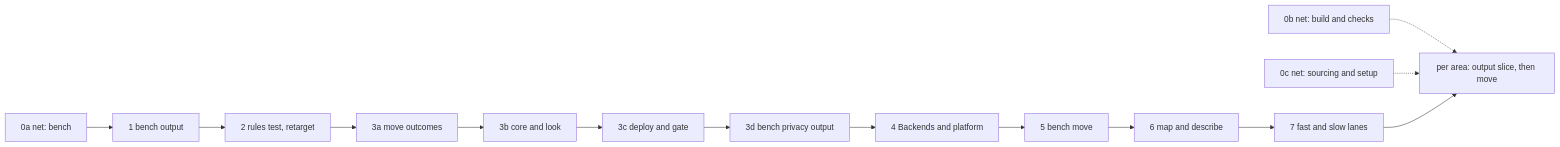
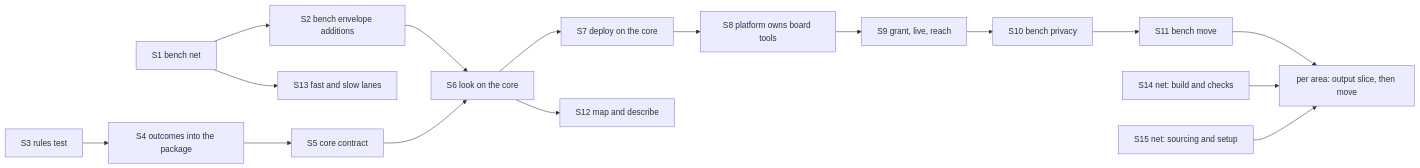
The diagram in docs/discovery/2026-10-19-p323-target-architecture/architecture/refactor-plan.md (xmejkal/spark), drawn with Mermaid before and after one commit. The commit also changed other lines of this file and 4 other files, not shown here.

````diff
--- a/docs/discovery/2026-10-19-p323-target-architecture/architecture/refactor-plan.md
+++ b/docs/discovery/2026-10-19-p323-target-architecture/architecture/refactor-plan.md
@@ -19,16 +278,18 @@
 ```mermaid
 flowchart LR
-  S0a["0a net: bench"] --> S1["1 bench output"]
-  S1 --> S2["2 rules test, retarget"]
-  S2 --> S3a["3a move outcomes"]
-  S3a --> S3b["3b core and look"]
-  S3b --> S3c["3c deploy and gate"]
-  S3c --> S3d["3d bench privacy output"]
-  S3d --> S4["4 Backends and platform"]
-  S4 --> S5["5 bench move"]
-  S5 --> S6["6 map and describe"]
-  S6 --> S7["7 fast and slow lanes"]
-  S0b["0b net: build and checks"] -.-> M1["per area: output slice, then move"]
-  S0c["0c net: sourcing and setup"] -.-> M1
-  S7 --> M1
+  S1["S1 bench net"] --> S2["S2 bench envelope additions"]
+  S3["S3 rules test"] --> S4["S4 outcomes into the package"]
+  S4 --> S5["S5 core contract"]
+  S2 --> S6["S6 look on the core"]
+  S5 --> S6
+  S6 --> S7["S7 deploy on the core"]
+  S7 --> S8["S8 platform owns board tools"]
+  S8 --> S9["S9 grant, live, reach"]
+  S9 --> S10["S10 bench privacy"]
+  S10 --> S11["S11 bench move"]
+  S6 --> S12["S12 map and describe"]
+  S1 --> S13["S13 fast and slow lanes"]
+  S11 --> AREAS["per area: output slice, then move"]
+  S14["S14 net: build and checks"] --> AREAS
+  S15["S15 net: sourcing and setup"] --> AREAS
 ```
````
